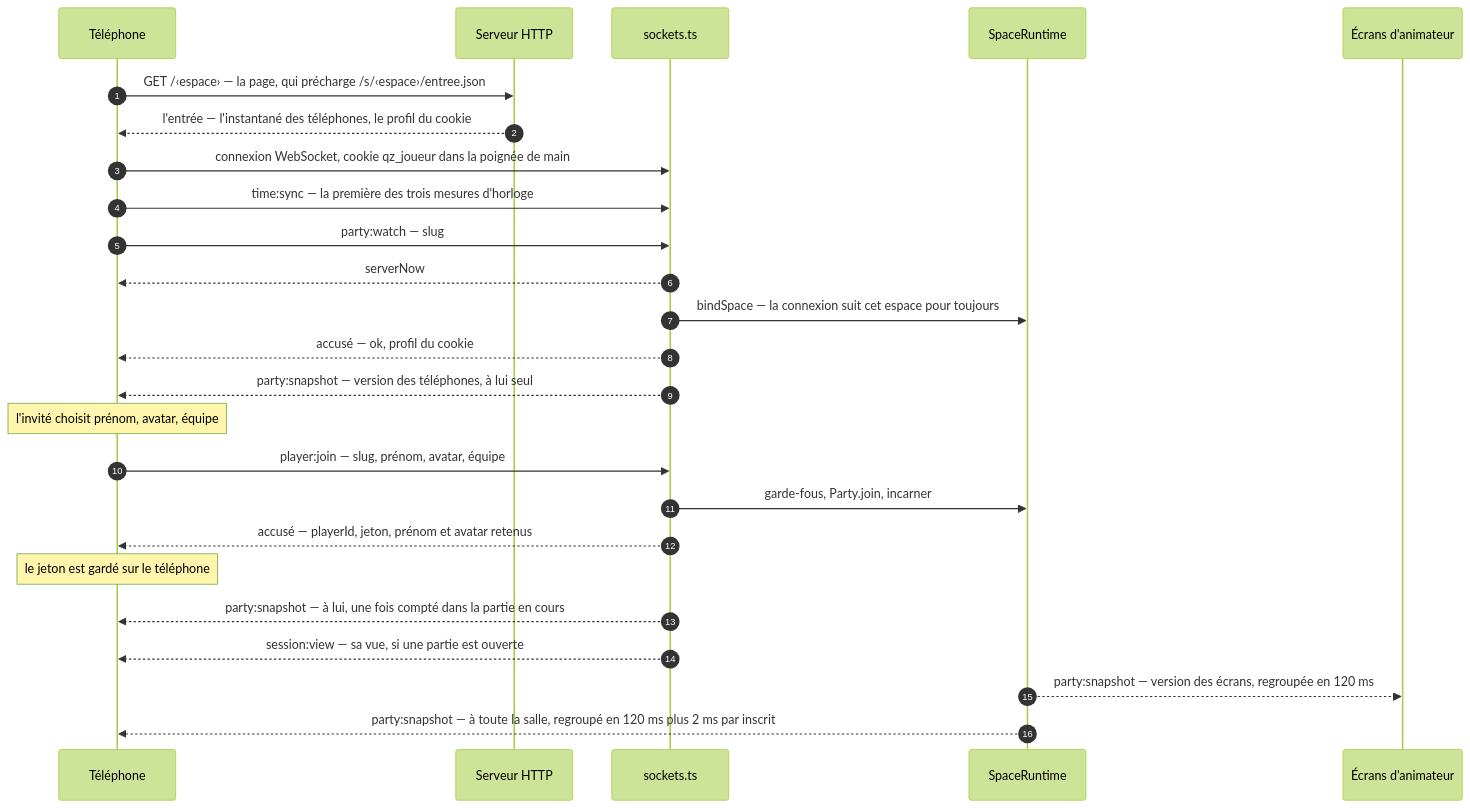
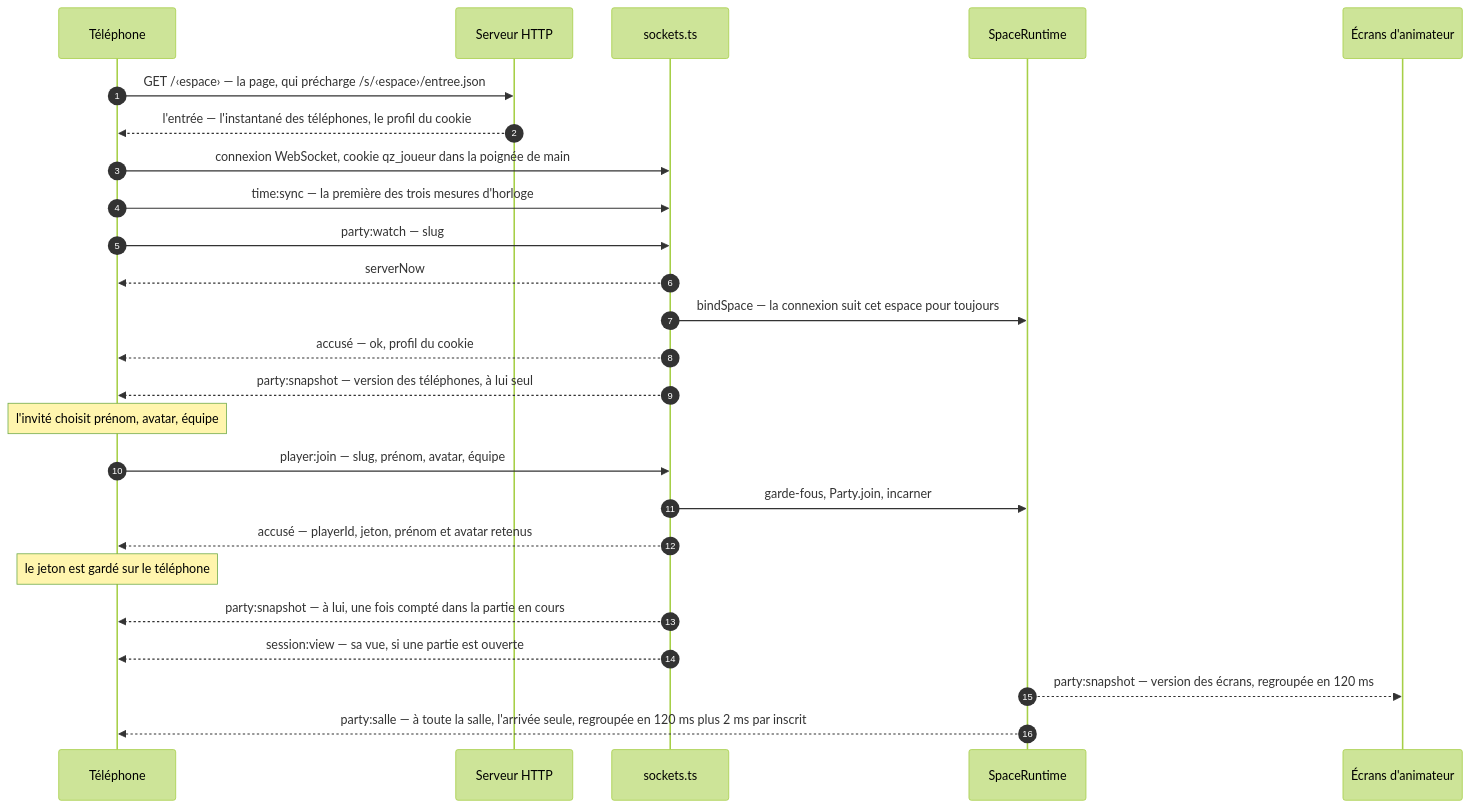
One commit to Maxilyas/FiestApp changed the first of 3 diagrams in docs/architecture/temps-reel.md. Above: the diagram before and after it, drawn with Mermaid (forest theme). The commit also changed other lines of this file and 19 other files, not shown here.

First line of the commit message:
La salle ne part plus entière aux téléphones : ce qui change, et les points au podium

````diff
--- a/docs/architecture/temps-reel.md
+++ b/docs/architecture/temps-reel.md
@@ -43,27 +43,27 @@
 ```mermaid
 sequenceDiagram
   autonumber
   participant T as Téléphone
   participant H as Serveur HTTP
   participant S as sockets.ts
   participant R as SpaceRuntime
   participant E as Écrans d'animateur
   T->>H: GET /‹espace› — la page, qui précharge /s/‹espace›/entree.json
   H-->>T: l'entrée — l'instantané des téléphones, le profil du cookie
   T->>S: connexion WebSocket, cookie qz_joueur dans la poignée de main
   T->>S: time:sync — la première des trois mesures d'horloge
   T->>S: party:watch — slug
   S-->>T: serverNow
   S->>R: bindSpace — la connexion suit cet espace pour toujours
   S-->>T: accusé — ok, profil du cookie
   S-->>T: party:snapshot — version des téléphones, à lui seul
   Note over T: l'invité choisit prénom, avatar, équipe
   T->>S: player:join — slug, prénom, avatar, équipe
   S->>R: garde-fous, Party.join, incarner
   S-->>T: accusé — playerId, jeton, prénom et avatar retenus
   Note over T: le jeton est gardé sur le téléphone
   S-->>T: party:snapshot — à lui, une fois compté dans la partie en cours
   S-->>T: session:view — sa vue, si une partie est ouverte
   R-->>E: party:snapshot — version des écrans, regroupée en 120 ms
-  R-->>T: party:snapshot — à toute la salle, regroupé en 120 ms plus 2 ms par inscrit
+  R-->>T: party:salle — à toute la salle, l'arrivée seule, regroupée en 120 ms plus 2 ms par inscrit
 ```
````
